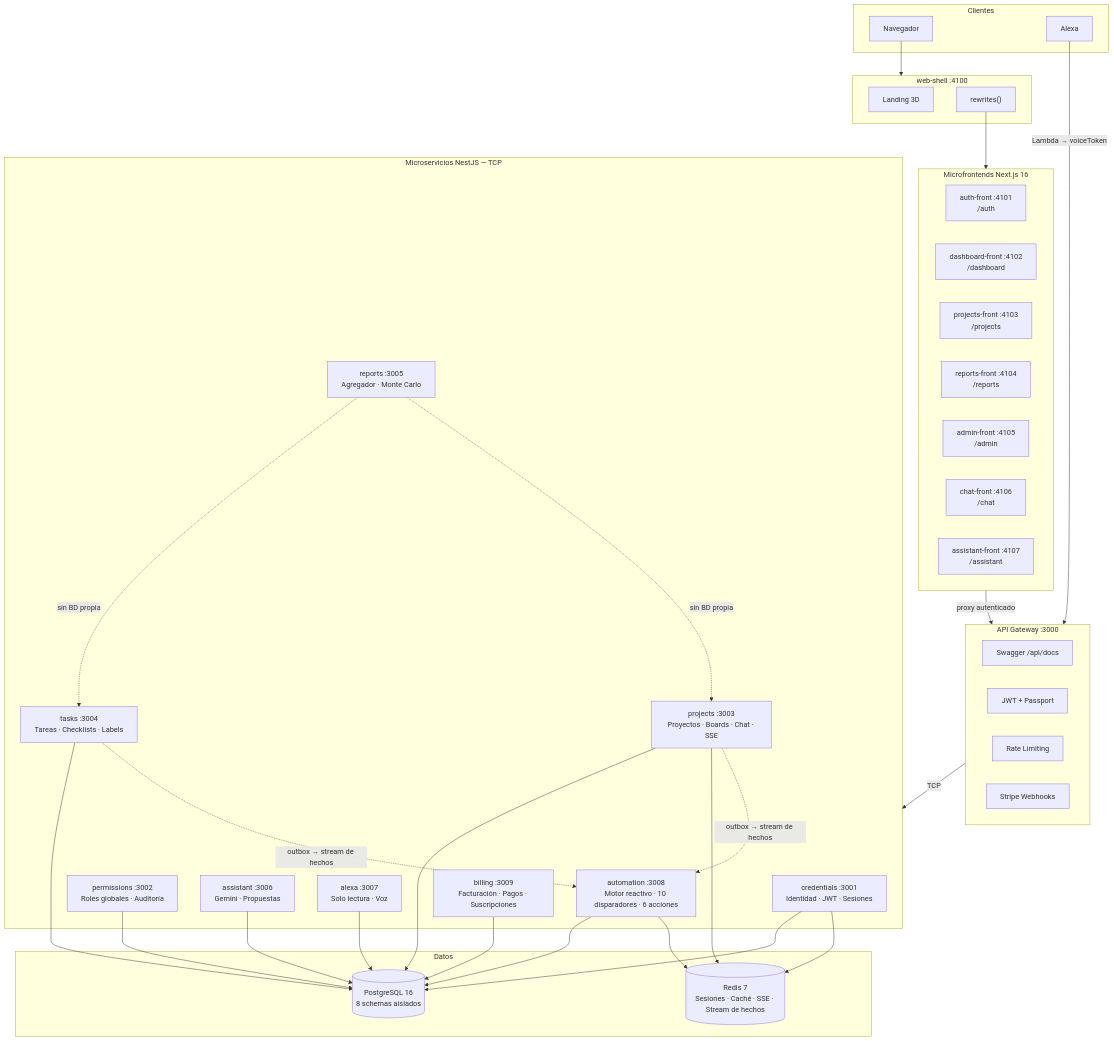
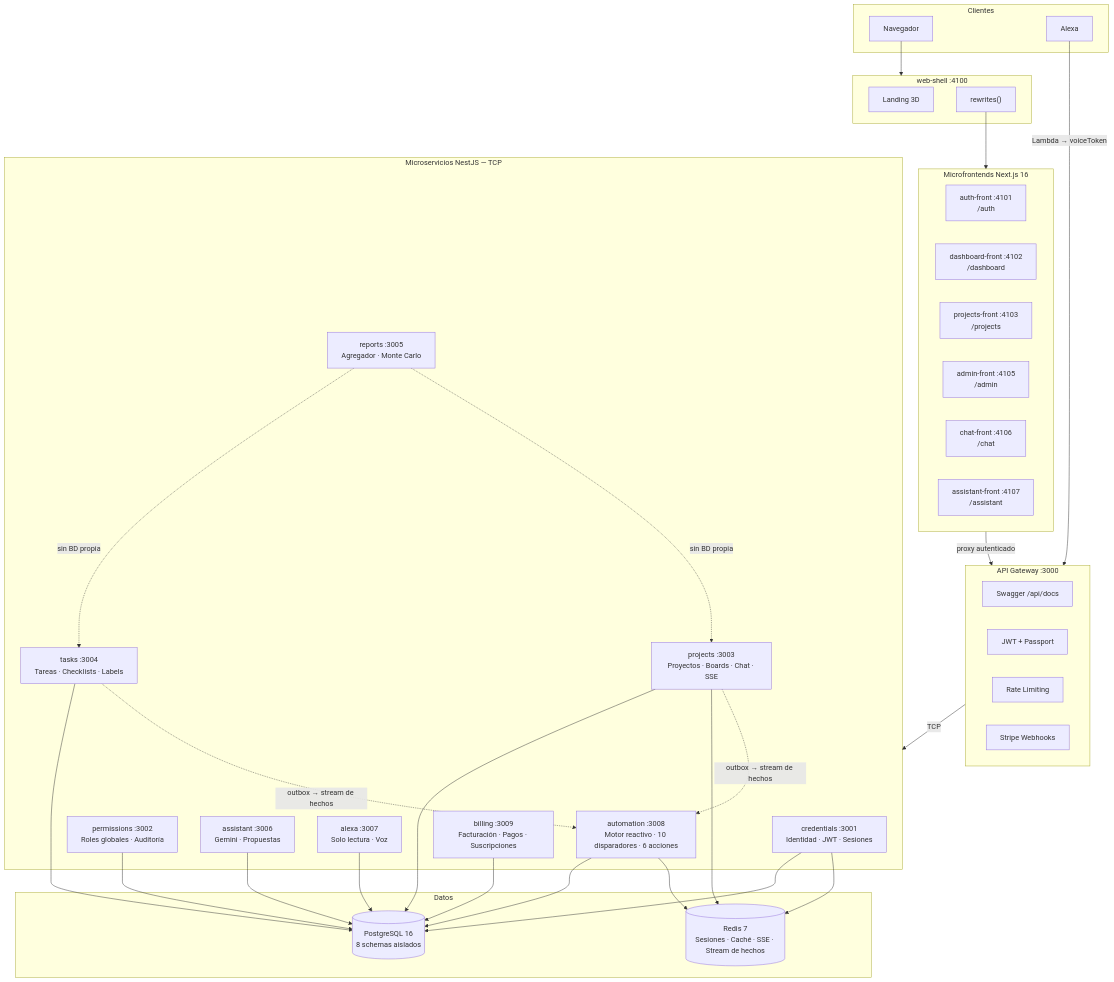
One commit to Ander-tsx/PRAXIS changed the diagram in README.md. Above: the diagram before and after it, drawn with Mermaid. The commit also changed other lines of this file and 73 other files, not shown here.

````diff
--- a/README.md
+++ b/README.md
@@ -62,56 +62,55 @@
 ```mermaid
 flowchart TB
     subgraph Clientes
         Browser["Navegador"]
         AlexaDevice["Alexa"]
     end
 
     subgraph shell["web-shell :4100"]
         Landing["Landing 3D"]
         Rewrites["rewrites()"]
     end
 
     subgraph zones["Microfrontends Next.js 16"]
         Auth["auth-front :4101\n/auth"]
         Dash["dashboard-front :4102\n/dashboard"]
         Proj["projects-front :4103\n/projects"]
-        Rep["reports-front :4104\n/reports"]
         Adm["admin-front :4105\n/admin"]
         Chat["chat-front :4106\n/chat"]
         AsstF["assistant-front :4107\n/assistant"]
     end
 
     subgraph gw["API Gateway :3000"]
         Swagger["Swagger /api/docs"]
         JWT["JWT + Passport"]
         Throttle["Rate Limiting"]
         StripeWH["Stripe Webhooks"]
     end
 
     subgraph services["Microservicios NestJS — TCP"]
         Cred["credentials :3001\nIdentidad · JWT · Sesiones"]
         Perm["permissions :3002\nRoles globales · Auditoría"]
         ProjS["projects :3003\nProyectos · Boards · Chat · SSE"]
         Task["tasks :3004\nTareas · Checklists · Labels"]
         RepS["reports :3005\nAgregador · Monte Carlo"]
         Asst["assistant :3006\nGemini · Propuestas"]
         Alex["alexa :3007\nSolo lectura · Voz"]
         Automation["automation :3008\nMotor reactivo · 10 disparadores · 6 acciones"]
         Bill["billing :3009\nFacturación · Pagos · Suscripciones"]
     end
 
     subgraph data["Datos"]
         PG[("PostgreSQL 16\n8 schemas aislados")]
         Redis[("Redis 7\nSesiones · Caché · SSE · Stream de hechos")]
     end
 
     Browser --> shell
     Rewrites --> zones
     zones -->|proxy autenticado| gw
     AlexaDevice -->|Lambda → voiceToken| gw
     gw -->|TCP| services
     Cred & Perm & ProjS & Task & Alex & Asst & Automation & Bill --> PG
     RepS -.->|"sin BD propia"| Task & ProjS
     Cred & ProjS & Automation --> Redis
     Task & ProjS -.->|"outbox → stream de hechos"| Automation
 ```
````
